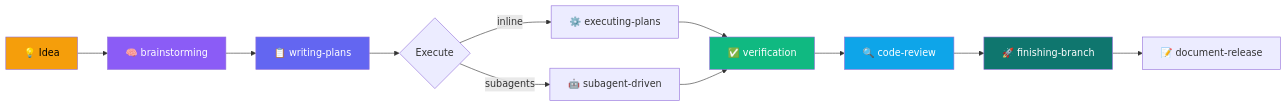
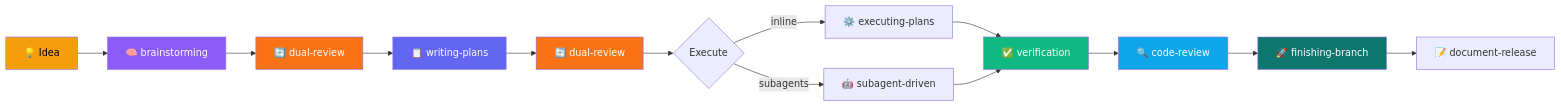
The first of 3 diagrams in README.md (mrkhachaturov/rkstack), drawn with Mermaid before and after one commit. The commit also changed other lines of this file and 1 other file, not shown here.

````diff
--- a/README.md
+++ b/README.md
@@ -40,20 +40,24 @@
 ```mermaid
 graph LR
     A["💡 Idea"] --> B["🧠 brainstorming"]
-    B --> C["📋 writing-plans"]
-    C --> D{"Execute"}
+    B --> DR1["🔄 dual-review"]
+    DR1 --> C["📋 writing-plans"]
+    C --> DR2["🔄 dual-review"]
+    DR2 --> D{"Execute"}
     D -->|inline| E["⚙️ executing-plans"]
     D -->|subagents| F["🤖 subagent-driven"]
     E --> G["✅ verification"]
     F --> G
     G --> H["🔍 code-review"]
     H --> I["🚀 finishing-branch"]
     I --> J["📝 document-release"]
 
     style A fill:#f59e0b,color:#000
     style B fill:#8b5cf6,color:#fff
     style C fill:#6366f1,color:#fff
+    style DR1 fill:#f97316,color:#fff
+    style DR2 fill:#f97316,color:#fff
     style G fill:#10b981,color:#fff
     style H fill:#0ea5e9,color:#fff
     style I fill:#0f766e,color:#fff
 ```
````
